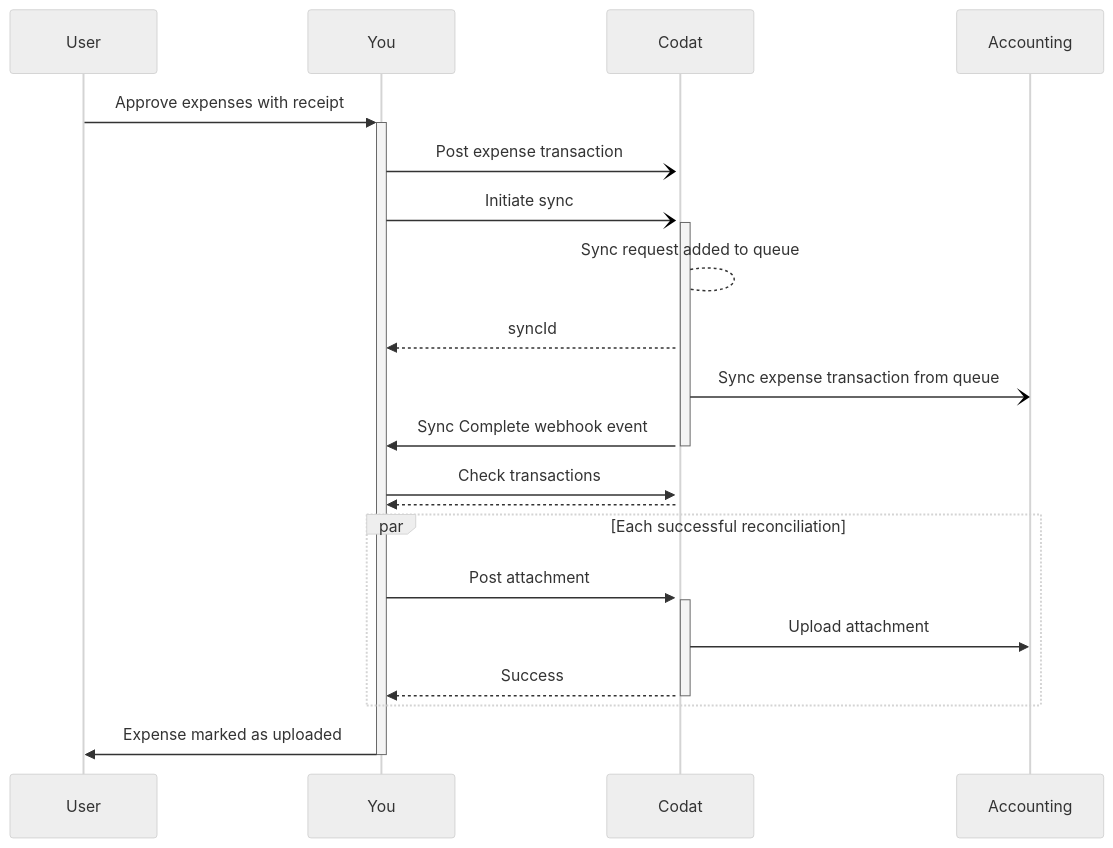
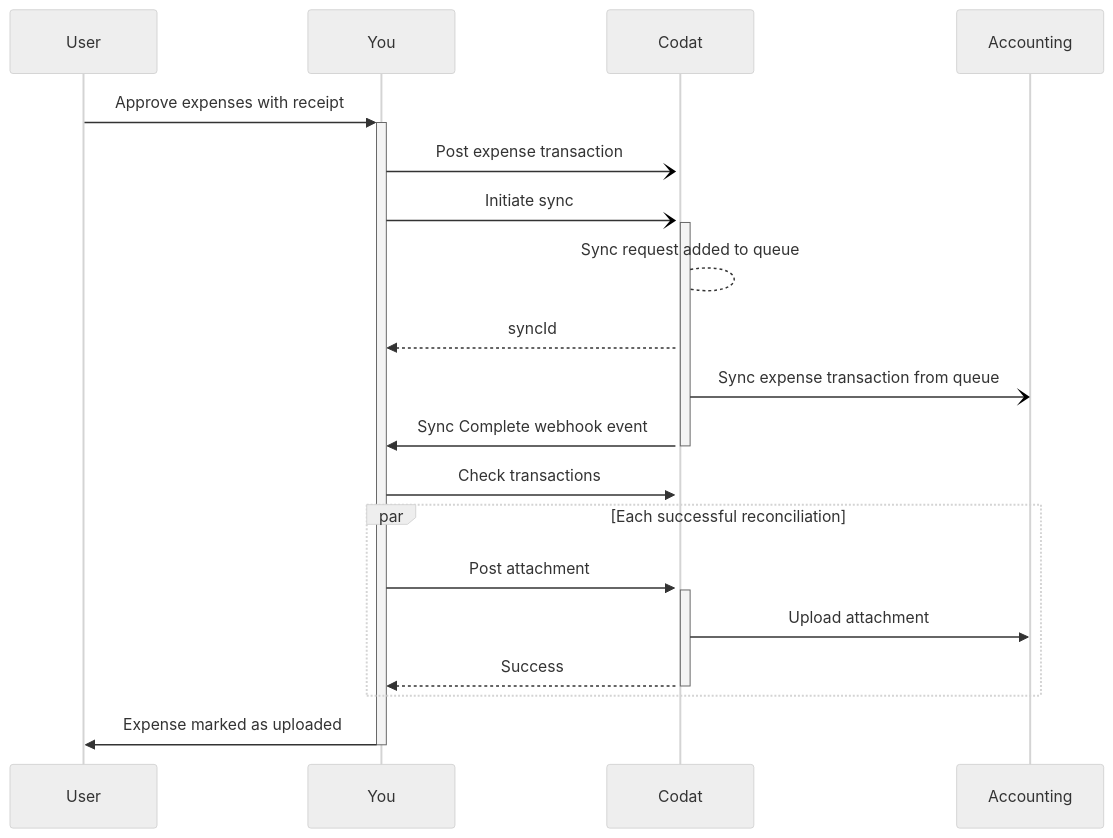
Before and after one commit to codatio/codat-docs: the diagram in docs/expenses/sync-process/expense-transactions.md, drawn with Mermaid (neutral theme). The commit also changed 2 other files, not shown here.

Commit message:
FOR-195 Removed unnecessary arrow that was not being parsed causing the diagram to fail

````diff
--- a/docs/expenses/sync-process/expense-transactions.md
+++ b/docs/expenses/sync-process/expense-transactions.md
@@ -25,18 +25,17 @@
 ```mermaid
 sequenceDiagram
   User->>+You: Approve expenses with receipt
   You-)+Codat: Post expense transaction
   You-)+Codat: Initiate sync
   Codat --> Codat: Sync request added to queue
   Codat-->>You: syncId
   Codat-)Accounting: Sync expense transaction from queue
   Codat->>-You: Sync Complete webhook event
   You->>Codat: Check transactions
-  Codat-->>You:
   par Each successful reconciliation
     You->>+Codat: Post attachment
     Codat->>Accounting: Upload attachment
     Codat-->>-You: Success
   end
   You->>-User: Expense marked as uploaded
 ```
````
